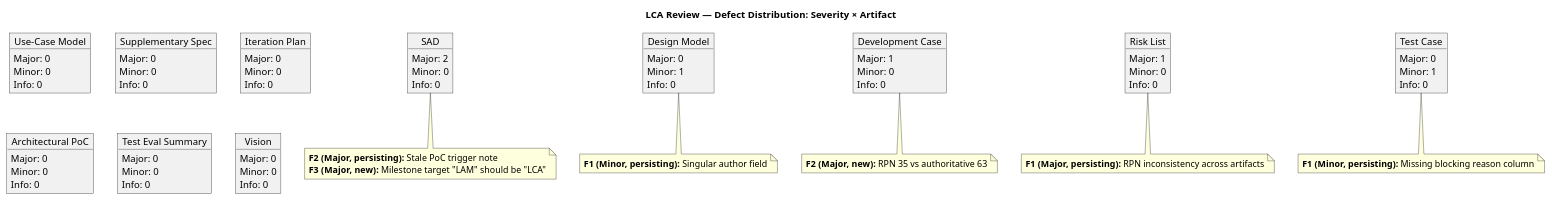
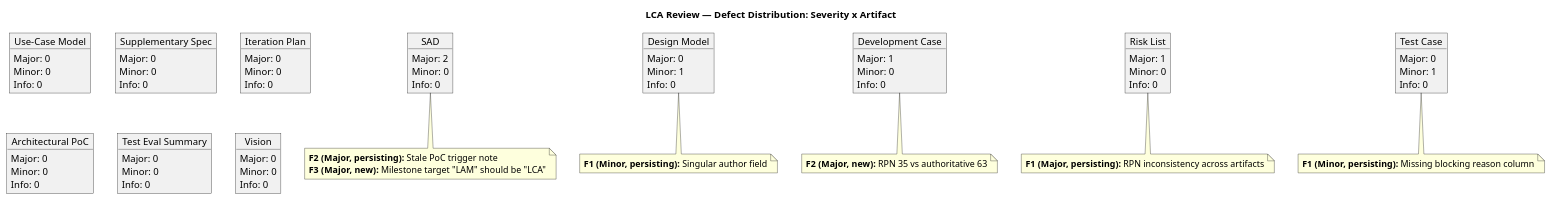
The second of 3 diagrams in docs/artifacts/project-management/review-record.md (banense-test/demo-janke-lab), drawn with PlantUML before and after one commit. The commit also changed other lines of this file, not shown here.

First line of the commit message:
Business Reviewer [E1]: upsert Review Record

````diff
--- a/docs/artifacts/project-management/review-record.md
+++ b/docs/artifacts/project-management/review-record.md
@@ -153,6 +152,6 @@
 ```plantuml
 @startuml
-title LCA Review — Defect Distribution: Severity × Artifact
+title LCA Review — Defect Distribution: Severity x Artifact
 
 object "SAD" as SAD {
   Major: 2
````
